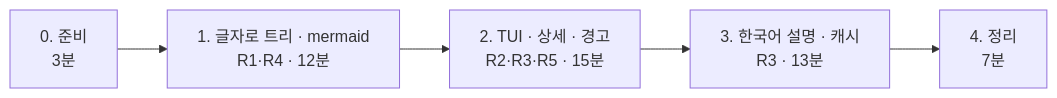
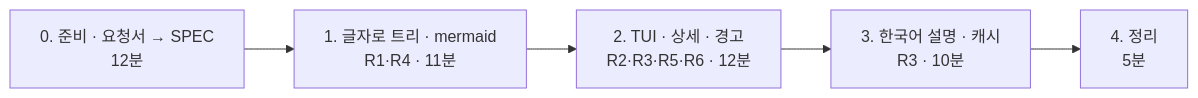
Before and after one commit to obhht2302-ctrl/aio-01d4-stu: the second of 2 diagrams in Last3Mon/68/VIBE-Q-TFLOW.md, drawn with Mermaid. The commit also changed other lines of this file and 5 other files, not shown here.

Commit message:
68일차 바이브 코딩을 요청서(VIBE-REQ-TFLOW) → 내 SPEC → VIBE-Q 비교 순서로 바꿈

````diff
--- a/Last3Mon/68/VIBE-Q-TFLOW.md
+++ b/Last3Mon/68/VIBE-Q-TFLOW.md
@@ -49,4 +71,4 @@
 ```mermaid
 flowchart LR
-  S0["0. 준비<br/>3분"] --> S1["1. 글자로 트리 · mermaid<br/>R1·R4 · 12분"] --> S2["2. TUI · 상세 · 경고<br/>R2·R3·R5 · 15분"] --> S3["3. 한국어 설명 · 캐시<br/>R3 · 13분"] --> S4["4. 정리<br/>7분"]
+  S0["0. 준비 · 요청서 → SPEC<br/>12분"] --> S1["1. 글자로 트리 · mermaid<br/>R1·R4 · 11분"] --> S2["2. TUI · 상세 · 경고<br/>R2·R3·R5·R6 · 12분"] --> S3["3. 한국어 설명 · 캐시<br/>R3 · 10분"] --> S4["4. 정리<br/>5분"]
 ```
````
